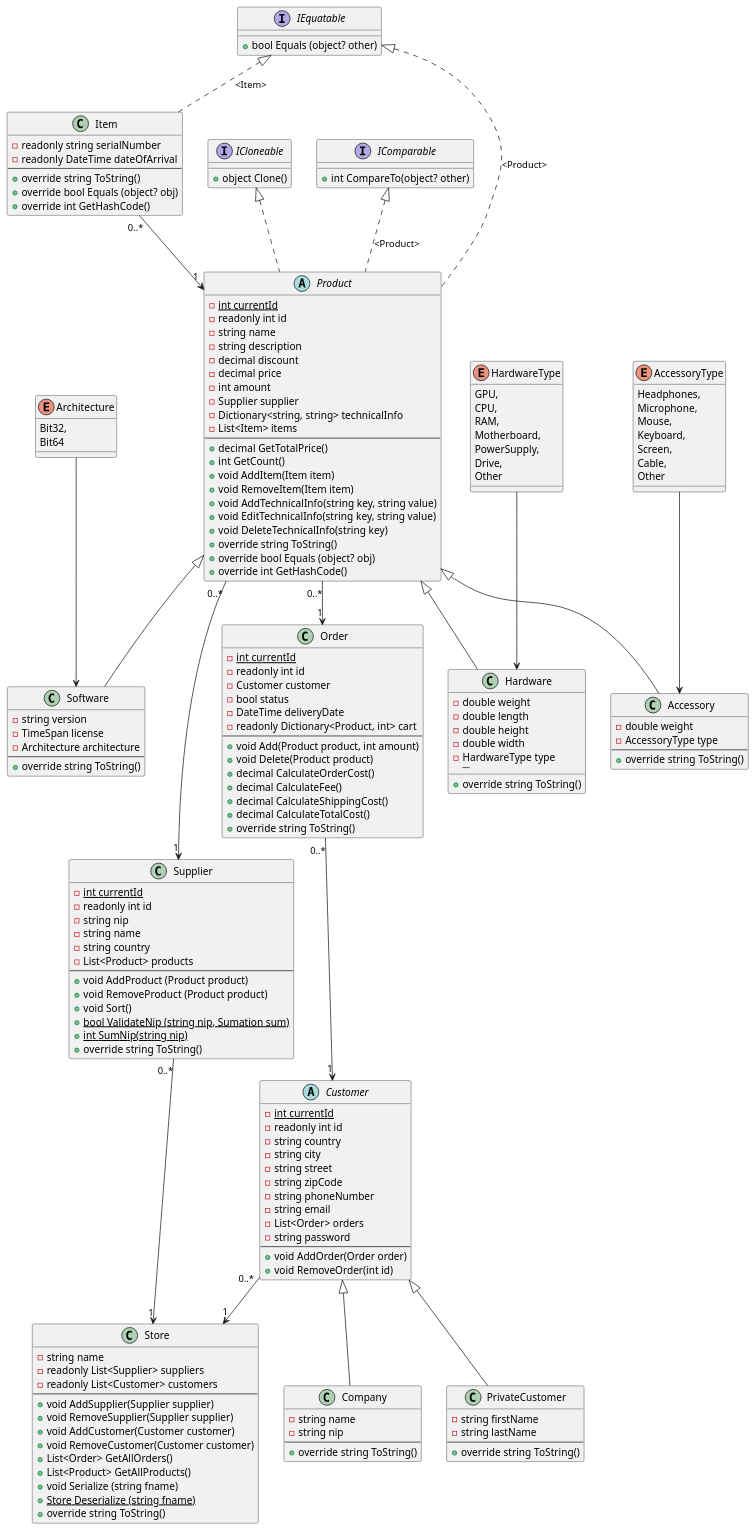
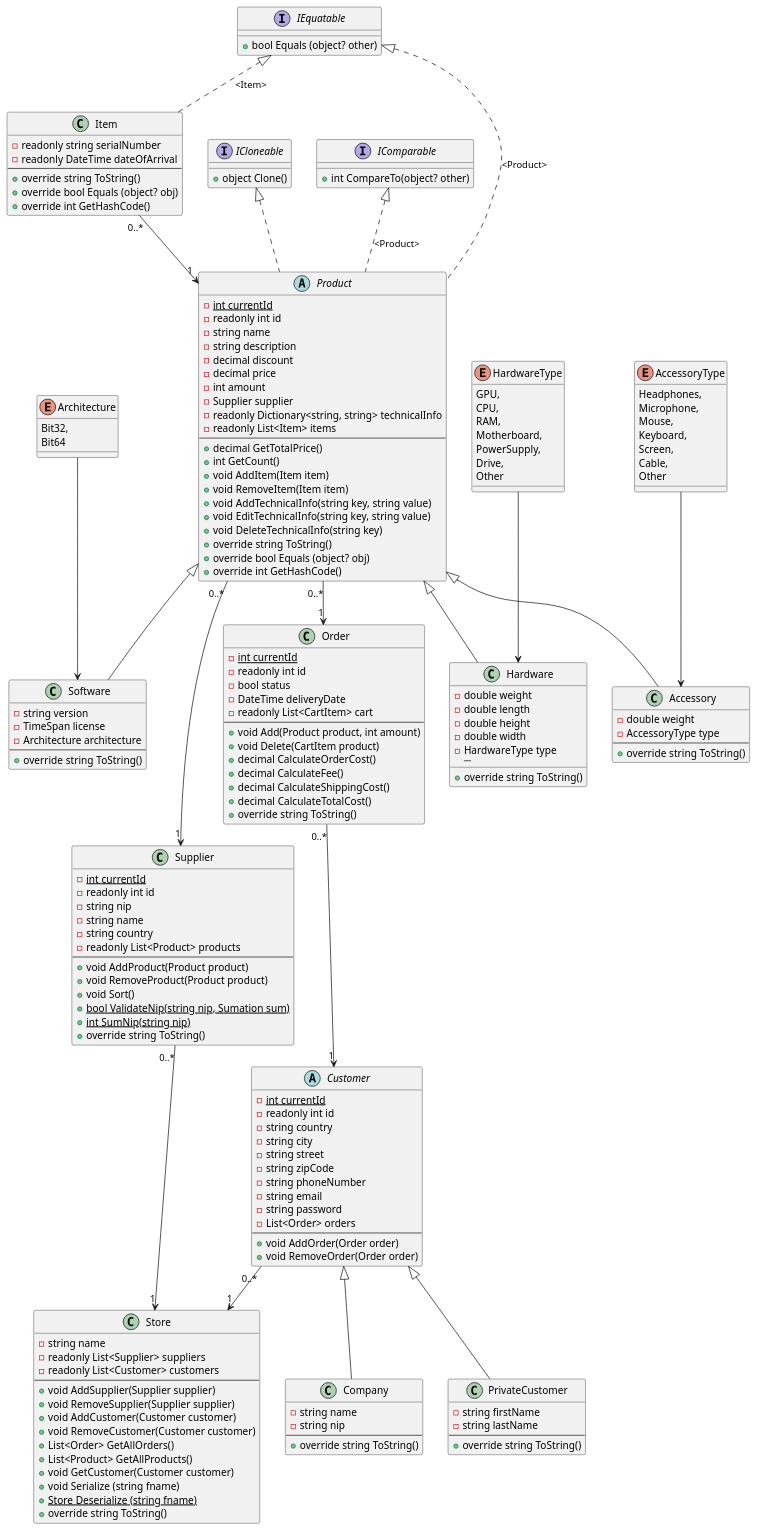
The diagram in UML.wsd (Couch-bit/Computer-Store), drawn with PlantUML before and after one commit. The commit also changed 23 other files, not shown here.

```diff
--- a/UML.wsd
+++ b/UML.wsd
@@ -1,194 +1,194 @@
 @startuml Project
 class Supplier {
   -{static} int currentId
   -readonly int id
   -string nip
   -string name
   -string country
-  -List<Product> products
+  -readonly List<Product> products
   ----
-  + void AddProduct (Product product)
-  + void RemoveProduct (Product product)
+  + void AddProduct(Product product)
+  + void RemoveProduct(Product product)
   + void Sort()
-  + {static} bool ValidateNip (string nip, Sumation sum)
+  + {static} bool ValidateNip(string nip, Sumation sum)
   + {static} int SumNip(string nip)
   + override string ToString()
 }
 
 class Company {
   -string name
   -string nip
   ----
   + override string ToString()
 }
 
-class PrivateCustomer{
+class PrivateCustomer {
   -string firstName
   -string lastName
   ----
   + override string ToString()
 }
 
 abstract Customer {
   -{static} int currentId
   -readonly int id
   -string country
   -string city
   -string street
   -string zipCode
   -string phoneNumber
   -string email
+  -string password
   -List<Order> orders
-  -string password
   ----
   + void AddOrder(Order order)
-  + void RemoveOrder(int id)
+  + void RemoveOrder(Order order)
 }
 
 class Order {
   -{static} int currentId
   -readonly int id
-  -Customer customer
   -bool status
   -DateTime deliveryDate
-  -readonly Dictionary<Product, int> cart
+  -readonly List<CartItem> cart
   ----
   + void Add(Product product, int amount)
-  + void Delete(Product product)
+  + void Delete(CartItem product)
   + decimal CalculateOrderCost()
   + decimal CalculateFee()
   + decimal CalculateShippingCost()
   + decimal CalculateTotalCost()
   + override string ToString()
 }
 
-abstract Product{
+abstract Product {
   -{static} int currentId
   -readonly int id
   -string name
   -string description
   -decimal discount
   -decimal price
   -int amount
   -Supplier supplier
-  -Dictionary<string, string> technicalInfo
-  -List<Item> items
+  -readonly Dictionary<string, string> technicalInfo
+  -readonly List<Item> items
   ----
   + decimal GetTotalPrice()
   + int GetCount()
   + void AddItem(Item item)
   + void RemoveItem(Item item)
   + void AddTechnicalInfo(string key, string value)
   + void EditTechnicalInfo(string key, string value)
   + void DeleteTechnicalInfo(string key)
   + override string ToString()
   + override bool Equals (object? obj)
   + override int GetHashCode()
 }
 
-class Item{
+class Item {
   - readonly string serialNumber
   - readonly DateTime dateOfArrival
   ----
   + override string ToString()
   + override bool Equals (object? obj)
   + override int GetHashCode()
 }
 
-class Store{
+class Store {
   - string name
   - readonly List<Supplier> suppliers
   - readonly List<Customer> customers
   ----
   + void AddSupplier(Supplier supplier)
   + void RemoveSupplier(Supplier supplier)
   + void AddCustomer(Customer customer)
   + void RemoveCustomer(Customer customer) 
   + List<Order> GetAllOrders()
   + List<Product> GetAllProducts()
+  + void GetCustomer(Customer customer)
   + void Serialize (string fname)
   + {static} Store Deserialize (string fname)
   + override string ToString()
 }
 
-enum HardwareType{
+enum HardwareType {
   GPU,
   CPU,
   RAM,
   Motherboard,
   PowerSupply,
   Drive,
   Other
 }
 
-enum AccessoryType{
+enum AccessoryType {
   Headphones,
   Microphone,
   Mouse,
   Keyboard,
   Screen,
   Cable,
   Other
 }
 
-enum Architecture{
+enum Architecture {
   Bit32,
   Bit64
 }
 
-class Hardware{
+class Hardware {
   -double weight
   -double length
   -double height
   -double width
   -HardwareType type
   ---- 
   + override string ToString()
 }
 
-class Software{
+class Software {
   -string version
   -TimeSpan license
   -Architecture architecture
   ----
   + override string ToString()
 }
 
-class Accessory{
+class Accessory {
   -double weight
   -AccessoryType type
   ----
   + override string ToString()
 }
 
-interface ICloneable{
+interface ICloneable {
   + object Clone()
 }
 
-interface IComparable{
+interface IComparable {
   + int CompareTo(object? other)
 }
 
-interface IEquatable{
+interface IEquatable {
   + bool Equals (object? other)
 }
 
 IEquatable <|-[dashed]- Item : "<Item>"
 IComparable <|-[dashed]- Product : "<Product>"
 IEquatable <|-[dashed]- Product : "<Product>"
 abstract Product implements ICloneable
 HardwareType --> Hardware
 AccessoryType --> Accessory
 Architecture --> Software
 Product <|-- Accessory
 Product <|-- Software
 Product <|-- Hardware
 Customer	<|-- Company
 Customer	<|-- PrivateCustomer
 Supplier "0..*" --> "1" Store
 Customer "0..*" --> "1" Store
 Product "0..*" --> "1" Order
 Product "0..*" --> "1" Supplier
 Order "0..*" --> "1" Customer
 Item "0..*" --> "1" Product
 @enduml
```
